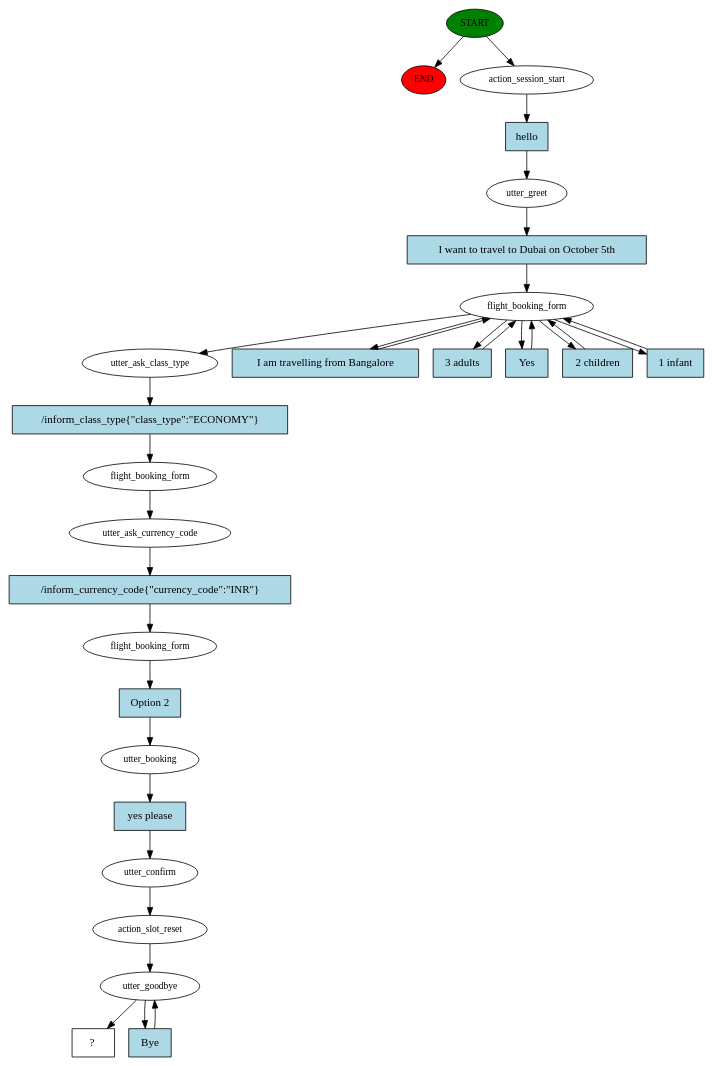
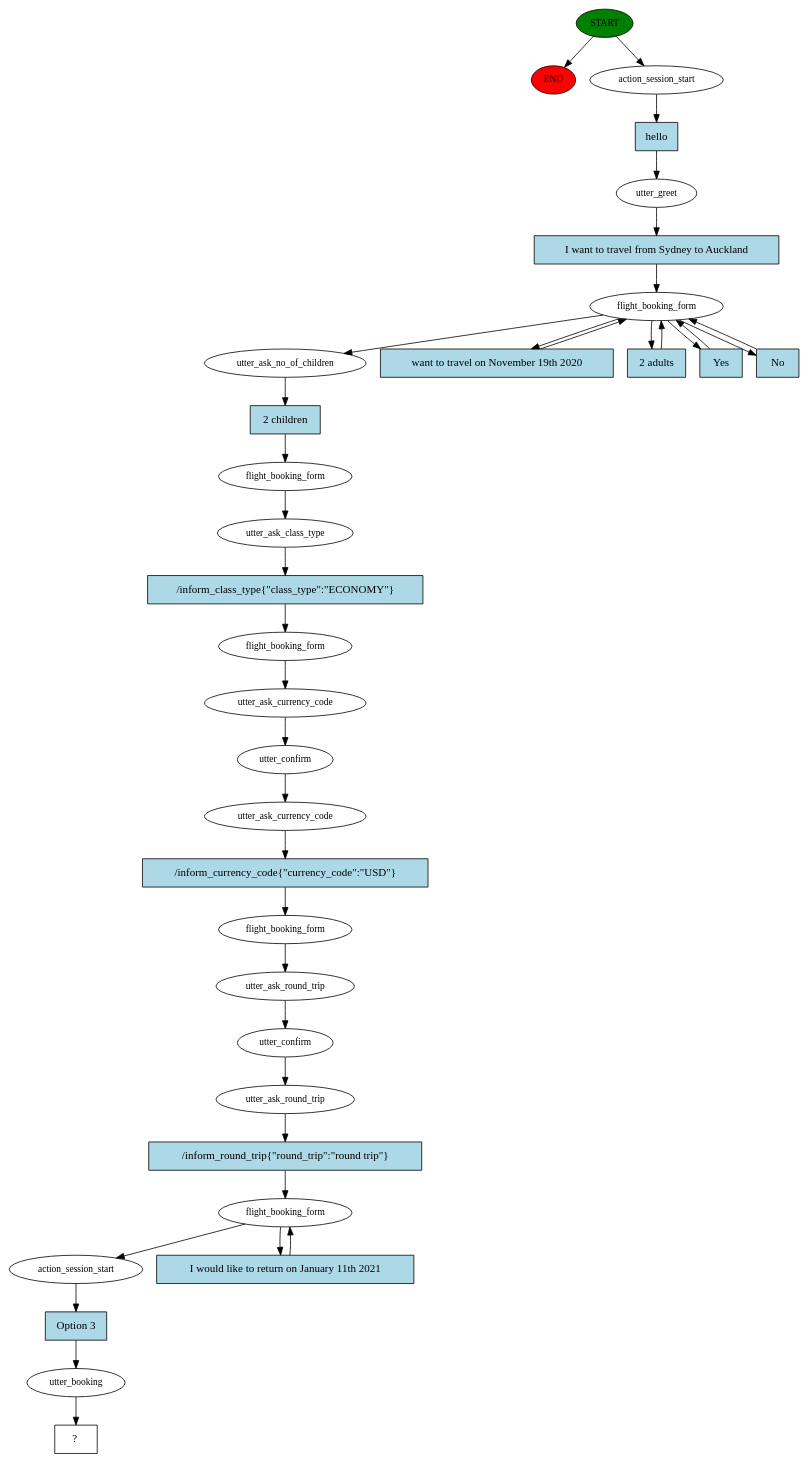
The diagram in story_graph.dot (DaVeY79/intelligent-flight-agent), drawn with Graphviz before and after one commit. The commit also changed 5 other files, not shown here.

Commit message:
Fixed round trip slot and setting return and departure date slot from duckling time

```diff
--- a/story_graph.dot
+++ b/story_graph.dot
@@ -1,59 +1,70 @@
 digraph  {
 0 [class="start active", fillcolor=green, fontsize=12, label=START, style=filled];
 "-1" [class=end, fillcolor=red, fontsize=12, label=END, style=filled];
 1 [class=active, fontsize=12, label=action_session_start];
 2 [class=active, fontsize=12, label=utter_greet];
 3 [class=active, fontsize=12, label=flight_booking_form];
-10 [class=active, fontsize=12, label=utter_ask_class_type];
-11 [class=active, fontsize=12, label=flight_booking_form];
-12 [class=active, fontsize=12, label=utter_ask_currency_code];
-13 [class=active, fontsize=12, label=flight_booking_form];
-14 [class=active, fontsize=12, label=utter_booking];
-15 [class=active, fontsize=12, label=utter_confirm];
-16 [class=active, fontsize=12, label=action_slot_reset];
-17 [class=active, fontsize=12, label=utter_goodbye];
-19 [class="intent dashed active", label="  ?  ", shape=rect];
-20 [class="intent active", fillcolor=lightblue, label=hello, shape=rect, style=filled];
-21 [class="intent active", fillcolor=lightblue, label="I want to travel to Dubai on October 5th", shape=rect, style=filled];
-22 [class="intent active", fillcolor=lightblue, label="I am travelling from Bangalore", shape=rect, style=filled];
-23 [class="intent active", fillcolor=lightblue, label="3 adults", shape=rect, style=filled];
-24 [class="intent active", fillcolor=lightblue, label=Yes, shape=rect, style=filled];
-25 [class="intent active", fillcolor=lightblue, label="2 children", shape=rect, style=filled];
-26 [class="intent active", fillcolor=lightblue, label="1 infant", shape=rect, style=filled];
-27 [class="intent active", fillcolor=lightblue, label="/inform_class_type{\"class_type\":\"ECONOMY\"}", shape=rect, style=filled];
-28 [class="intent active", fillcolor=lightblue, label="/inform_currency_code{\"currency_code\":\"INR\"}", shape=rect, style=filled];
-29 [class="intent active", fillcolor=lightblue, label="Option 2", shape=rect, style=filled];
-30 [class="intent active", fillcolor=lightblue, label="yes please", shape=rect, style=filled];
-31 [class="intent active", fillcolor=lightblue, label=Bye, shape=rect, style=filled];
+9 [class=active, fontsize=12, label=utter_ask_no_of_children];
+10 [class=active, fontsize=12, label=flight_booking_form];
+11 [class=active, fontsize=12, label=utter_ask_class_type];
+12 [class=active, fontsize=12, label=flight_booking_form];
+13 [class=active, fontsize=12, label=utter_ask_currency_code];
+14 [class=active, fontsize=12, label=utter_confirm];
+15 [class=active, fontsize=12, label=utter_ask_currency_code];
+16 [class=active, fontsize=12, label=flight_booking_form];
+17 [class=active, fontsize=12, label=utter_ask_round_trip];
+18 [class=active, fontsize=12, label=utter_confirm];
+19 [class=active, fontsize=12, label=utter_ask_round_trip];
+20 [class=active, fontsize=12, label=flight_booking_form];
+23 [class=active, fontsize=12, label=action_session_start];
+24 [class=active, fontsize=12, label=utter_booking];
+25 [class="intent dashed active", label="  ?  ", shape=rect];
+26 [class="intent active", fillcolor=lightblue, label=hello, shape=rect, style=filled];
+27 [class="intent active", fillcolor=lightblue, label="I want to travel from Sydney to Auckland", shape=rect, style=filled];
+28 [class="intent active", fillcolor=lightblue, label="want to travel on November 19th 2020", shape=rect, style=filled];
+29 [class="intent active", fillcolor=lightblue, label="2 adults", shape=rect, style=filled];
+30 [class="intent active", fillcolor=lightblue, label=Yes, shape=rect, style=filled];
+31 [class="intent active", fillcolor=lightblue, label=No, shape=rect, style=filled];
+32 [class="intent active", fillcolor=lightblue, label="2 children", shape=rect, style=filled];
+33 [class="intent active", fillcolor=lightblue, label="/inform_class_type{\"class_type\":\"ECONOMY\"}", shape=rect, style=filled];
+34 [class="intent active", fillcolor=lightblue, label="/inform_currency_code{\"currency_code\":\"USD\"}", shape=rect, style=filled];
+35 [class="intent active", fillcolor=lightblue, label="/inform_round_trip{\"round_trip\":\"round trip\"}", shape=rect, style=filled];
+36 [class="intent active", fillcolor=lightblue, label="I would like to return on January 11th 2021", shape=rect, style=filled];
+37 [class="intent active", fillcolor=lightblue, label="Option 3", shape=rect, style=filled];
 0 -> "-1"  [class="", key=NONE, label=""];
 0 -> 1  [class=active, key=NONE, label=""];
-1 -> 20  [class=active, key=0];
-2 -> 21  [class=active, key=0];
-3 -> 10  [class=active, key=NONE, label=""];
-3 -> 22  [class=active, key=0];
-3 -> 23  [class=active, key=0];
-3 -> 24  [class=active, key=0];
-3 -> 25  [class=active, key=0];
-3 -> 26  [class=active, key=0];
-10 -> 27  [class=active, key=0];
-11 -> 12  [class=active, key=NONE, label=""];
-12 -> 28  [class=active, key=0];
-13 -> 29  [class=active, key=0];
-14 -> 30  [class=active, key=0];
-15 -> 16  [class=active, key=NONE, label=""];
+1 -> 26  [class=active, key=0];
+2 -> 27  [class=active, key=0];
+3 -> 9  [class=active, key=NONE, label=""];
+3 -> 28  [class=active, key=0];
+3 -> 29  [class=active, key=0];
+3 -> 30  [class=active, key=0];
+3 -> 31  [class=active, key=0];
+9 -> 32  [class=active, key=0];
+10 -> 11  [class=active, key=NONE, label=""];
+11 -> 33  [class=active, key=0];
+12 -> 13  [class=active, key=NONE, label=""];
+13 -> 14  [class=active, key=NONE, label=""];
+14 -> 15  [class=active, key=NONE, label=""];
+15 -> 34  [class=active, key=0];
 16 -> 17  [class=active, key=NONE, label=""];
-17 -> 19  [class=active, key=NONE, label=""];
-17 -> 31  [class=active, key=0];
-20 -> 2  [class=active, key=0];
-21 -> 3  [class=active, key=0];
-22 -> 3  [class=active, key=0];
-23 -> 3  [class=active, key=0];
-24 -> 3  [class=active, key=0];
-25 -> 3  [class=active, key=0];
-26 -> 3  [class=active, key=0];
-27 -> 11  [class=active, key=0];
-28 -> 13  [class=active, key=0];
-29 -> 14  [class=active, key=0];
-30 -> 15  [class=active, key=0];
-31 -> 17  [class=active, key=0];
+17 -> 18  [class=active, key=NONE, label=""];
+18 -> 19  [class=active, key=NONE, label=""];
+19 -> 35  [class=active, key=0];
+20 -> 23  [class=active, key=NONE, label=""];
+20 -> 36  [class=active, key=0];
+23 -> 37  [class=active, key=0];
+24 -> 25  [class=active, key=NONE, label=""];
+26 -> 2  [class=active, key=0];
+27 -> 3  [class=active, key=0];
+28 -> 3  [class=active, key=0];
+29 -> 3  [class=active, key=0];
+30 -> 3  [class=active, key=0];
+31 -> 3  [class=active, key=0];
+32 -> 10  [class=active, key=0];
+33 -> 12  [class=active, key=0];
+34 -> 16  [class=active, key=0];
+35 -> 20  [class=active, key=0];
+36 -> 20  [class=active, key=0];
+37 -> 24  [class=active, key=0];
 }
```
